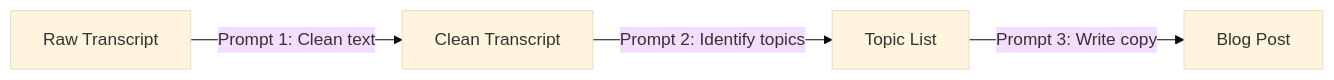
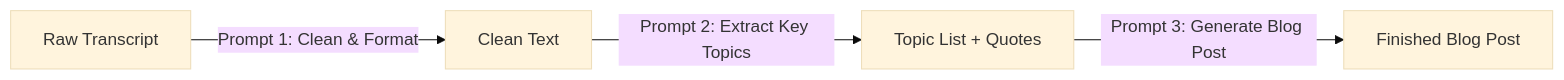
One commit to vinod-seth/Prompt-Engineering-Mastery changed the first of 2 diagrams in tutorial/07-meta-chaining.mdx. Above: the diagram before and after it, drawn with Mermaid (base theme). The commit also changed other lines of this file and 10 other files, not shown here.

````diff
--- a/tutorial/07-meta-chaining.mdx
+++ b/tutorial/07-meta-chaining.mdx
@@ -13,6 +17,6 @@
 ```mermaid
 graph LR
-    A[Raw Transcript] -->|Prompt 1: Clean text| B[Clean Transcript]
-    B -->|Prompt 2: Identify topics| C[Topic List]
-    C -->|Prompt 3: Write copy| D[Blog Post]
+    A[Raw Transcript] -->|Prompt 1: Clean & Format| B[Clean Text]
+    B -->|Prompt 2: Extract Key Topics| C[Topic List + Quotes]
+    C -->|Prompt 3: Generate Blog Post| D[Finished Blog Post]
 ```
````
